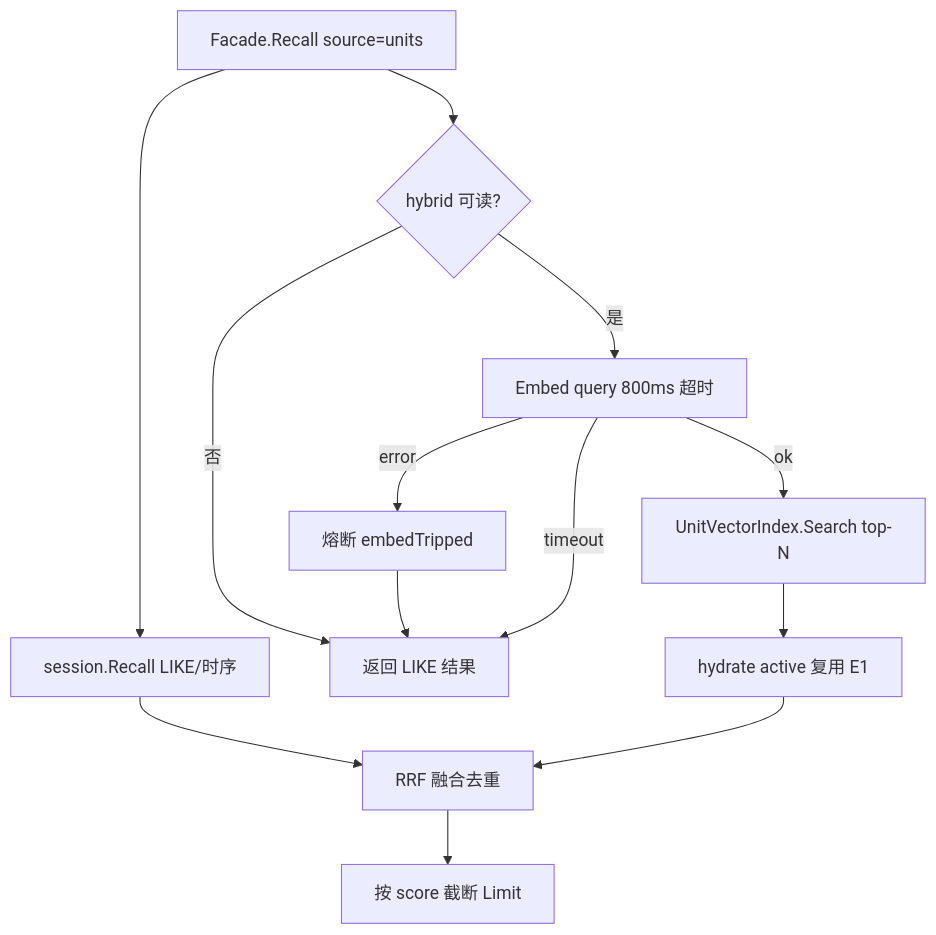
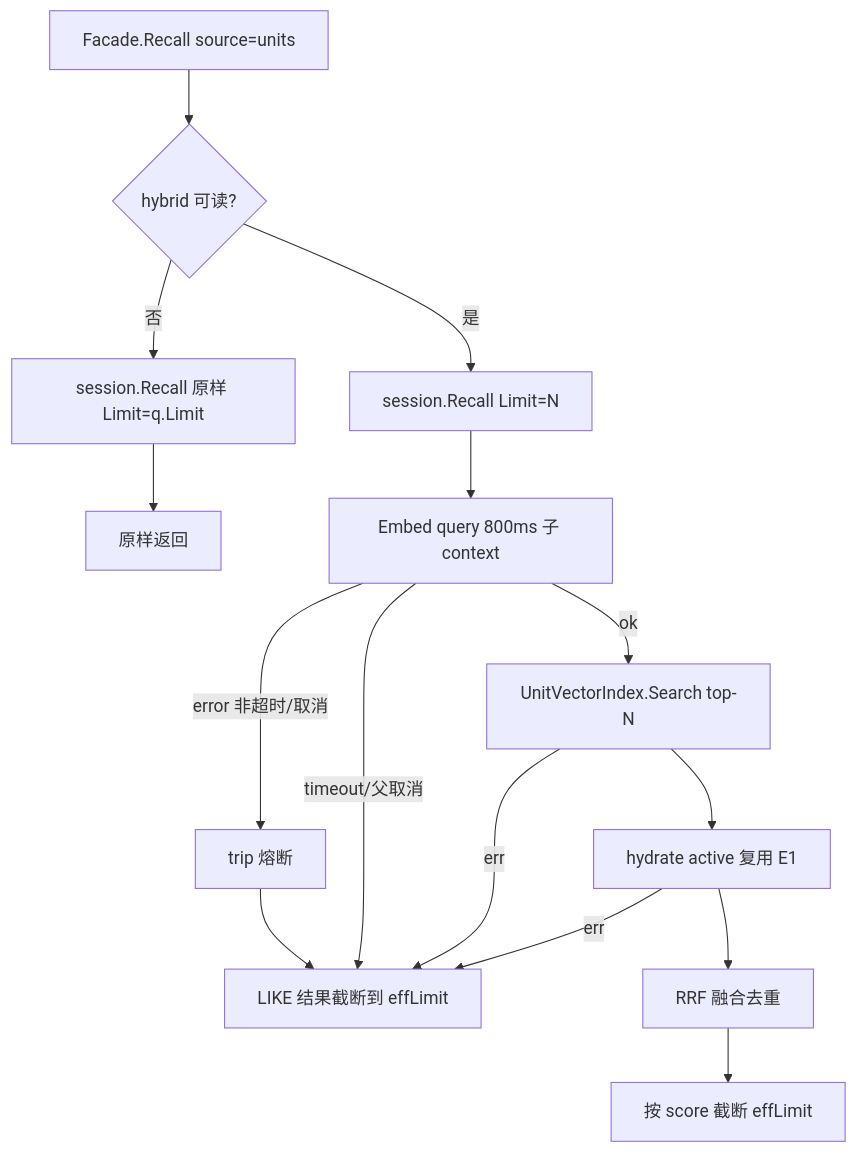
The diagram in docs/superpowers/specs/2026-07-26-memory-store-hybrid-recall-design.md (sixath/sixath), drawn with Mermaid before and after one commit. The commit also changed other lines of this file, not shown here.

Commit message:
docs(memory): P2-E2 spec review round 2 fixes

````diff
--- a/docs/superpowers/specs/2026-07-26-memory-store-hybrid-recall-design.md
+++ b/docs/superpowers/specs/2026-07-26-memory-store-hybrid-recall-design.md
@@ -52,14 +52,15 @@
 ```mermaid
 flowchart TD
-  R[Facade.Recall source=units] --> B[session.Recall LIKE/时序]
-  R --> G{hybrid 可读?}
-  G -->|否| Out[返回 LIKE 结果]
-  G -->|是| E[Embed query 800ms 超时]
-  E -->|error| Trip[熔断 embedTripped] --> Out
-  E -->|timeout| Out
+  R[Facade.Recall source=units] --> G{hybrid 可读?}
+  G -->|否| B0[session.Recall 原样 Limit=q.Limit] --> Out0[原样返回]
+  G -->|是| B[session.Recall Limit=N]
+  B --> E[Embed query 800ms 子 context]
+  E -->|error 非超时/取消| Trip[trip 熔断] --> Cut[LIKE 结果截断到 effLimit]
+  E -->|timeout/父取消| Cut
   E -->|ok| S[UnitVectorIndex.Search top-N]
+  S -->|err| Cut
   S --> H[hydrate active 复用 E1]
-  B --> F[RRF 融合去重]
-  H --> F
-  F --> Out2[按 score 截断 Limit]
+  H -->|err| Cut
+  H --> F[RRF 融合去重]
+  F --> Out2[按 score 截断 effLimit]
 ```
````
